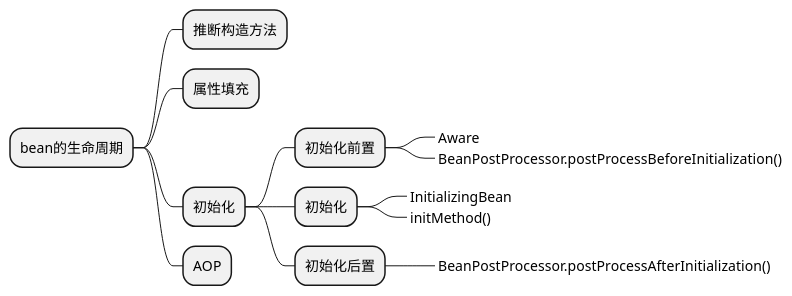
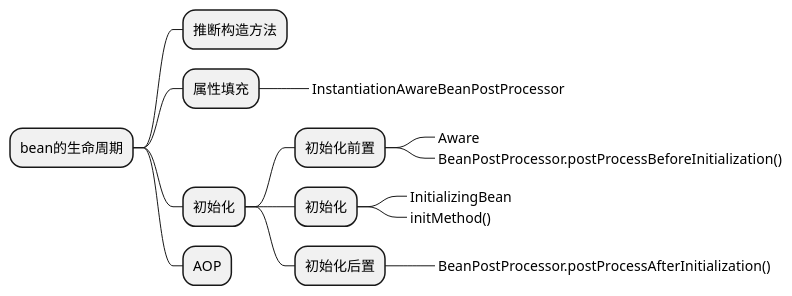
One commit to mutouh/mutouh.github.io changed the first of 2 diagrams in docs/programming-column/spring.md. Above: the diagram before and after it, drawn with PlantUML. The commit also changed other lines of this file and 15 other files, not shown here.

````diff
--- a/docs/programming-column/spring.md
+++ b/docs/programming-column/spring.md
@@ -8,17 +8,18 @@
 ```plantuml
 @startmindmap
 * bean的生命周期
   * 推断构造方法
   * 属性填充
+    *_ InstantiationAwareBeanPostProcessor
   * 初始化
     * 初始化前置
       *_ Aware
       *_ BeanPostProcessor.postProcessBeforeInitialization()
     * 初始化
       *_ InitializingBean
       *_ initMethod()
     * 初始化后置
       *_ BeanPostProcessor.postProcessAfterInitialization()
   * AOP
 @endmindmap
 ```
````
